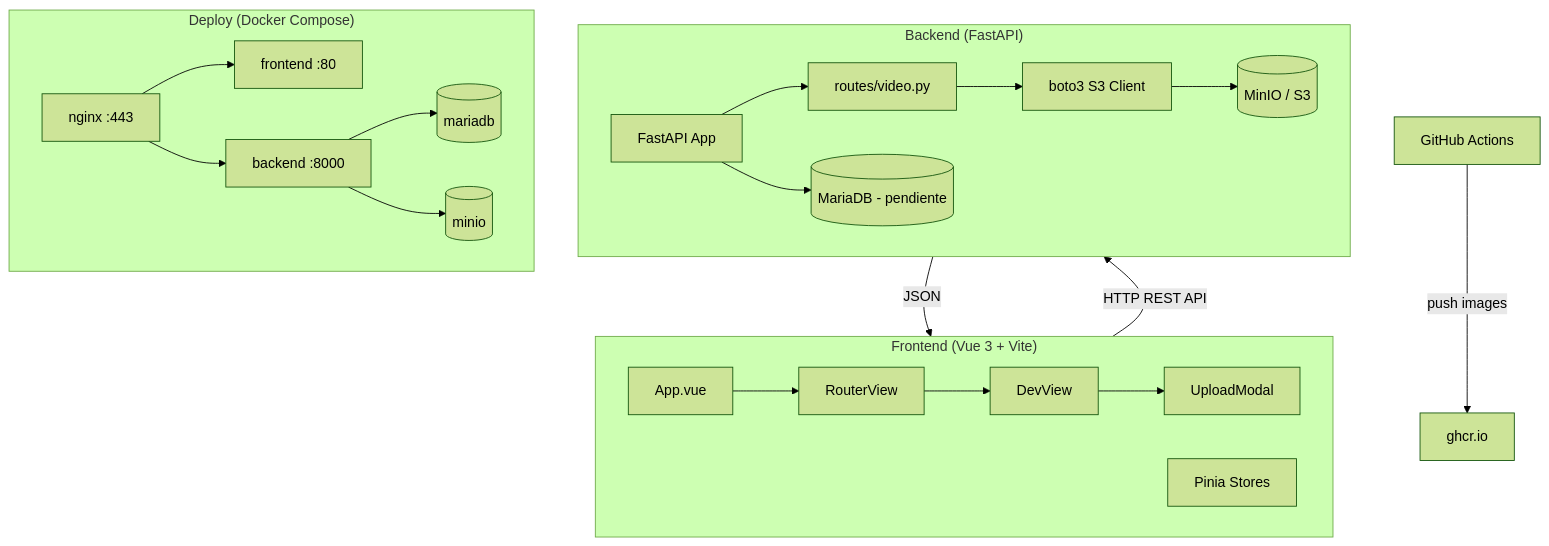
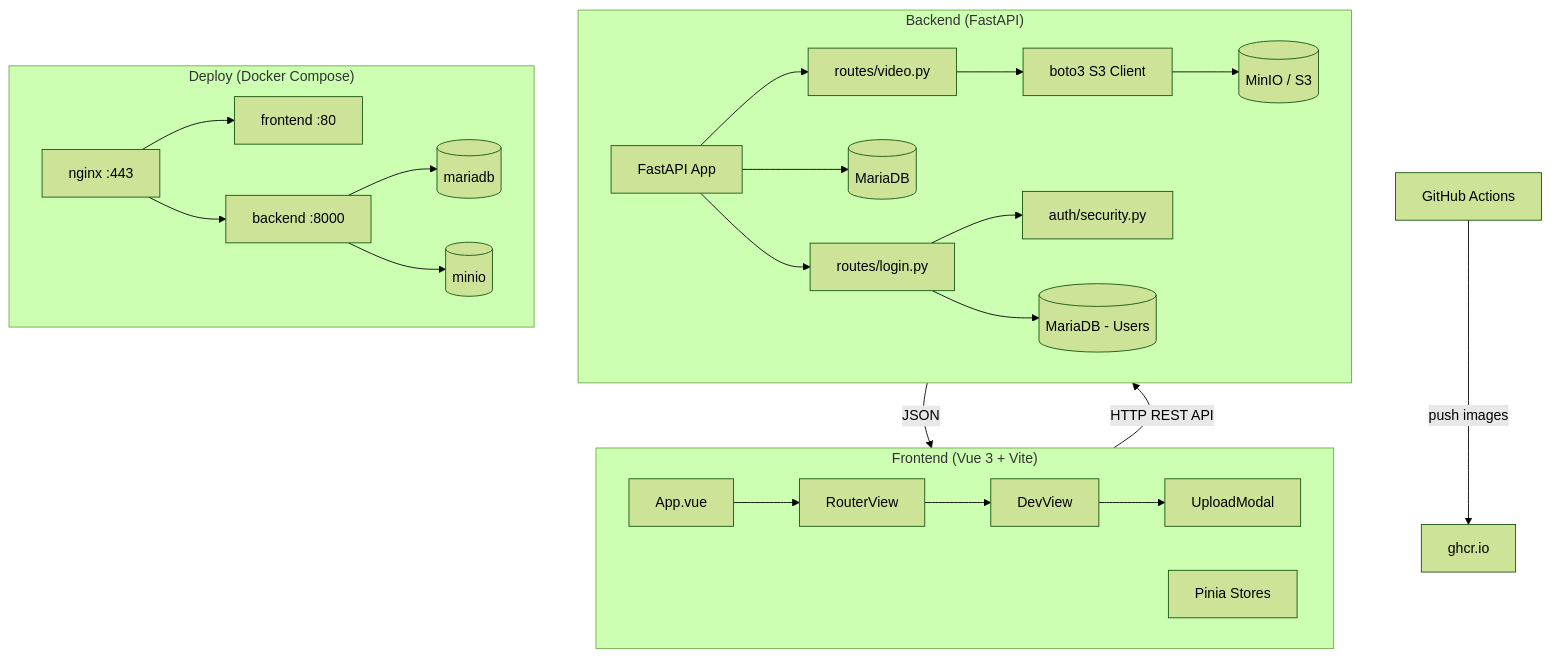
The diagram in AGENTS.md (dsaub/clonetube), drawn with Mermaid (forest theme) before and after one commit. The commit also changed other lines of this file and 6 other files, not shown here.

First line of the commit message:
feat: implementar sistema completo de autenticacion en routes/login.py

````diff
--- a/AGENTS.md
+++ b/AGENTS.md
@@ -313,28 +353,31 @@
 ```mermaid
 graph TD
     subgraph Frontend["Frontend (Vue 3 + Vite)"]
         A[App.vue] --> B[RouterView]
         B --> C[DevView]
         C --> D[UploadModal]
         F[Pinia Stores]
     end
 
     subgraph Backend["Backend (FastAPI)"]
         G[FastAPI App]
         G --> H[routes/video.py]
         H --> I[boto3 S3 Client]
         I --> J[(MinIO / S3)]
-        G --> K[(MariaDB - pendiente)]
+        G --> K[(MariaDB)]
+        G --> L[routes/login.py]
+        L --> M[auth/security.py]
+        L --> N[(MariaDB - Users)]
     end
 
     subgraph Deploy["Deploy (Docker Compose)"]
-        L[nginx :443] --> M[frontend :80]
-        L --> N[backend :8000]
-        N --> O[(mariadb)]
-        N --> P[(minio)]
+        O[nginx :443] --> P[frontend :80]
+        O --> Q[backend :8000]
+        Q --> R[(mariadb)]
+        Q --> S[(minio)]
     end
 
     Frontend -->|HTTP REST API| Backend
     Backend -->|JSON| Frontend
-    CI[GitHub Actions] -->|push images| R[ghcr.io]
+    CI[GitHub Actions] -->|push images| T[ghcr.io]
 ```
````
